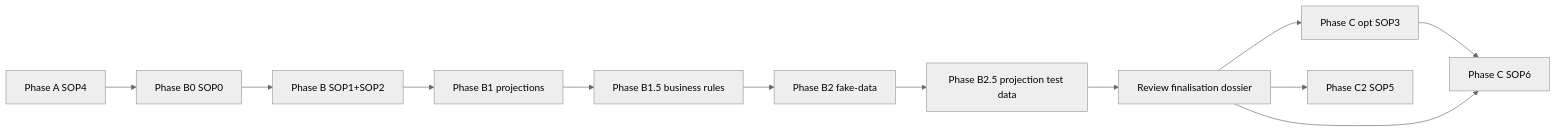
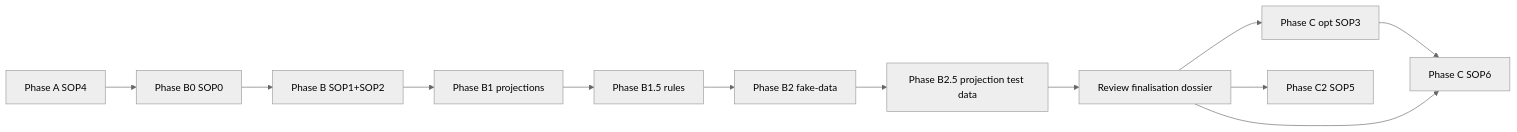
Before and after one commit to mindflight-orchestrator/starter-kit-ghostcrab-perso: the diagram in starterkit/personal-mcp/SOP_SEQUENCE.md, drawn with Mermaid (neutral theme). The commit also changed other lines of this file and 18 other files, not shown here.

````diff
--- a/starterkit/personal-mcp/SOP_SEQUENCE.md
+++ b/starterkit/personal-mcp/SOP_SEQUENCE.md
@@ -33,20 +31,18 @@
 ```mermaid
 flowchart LR
   A[Phase A SOP4]
   B0[Phase B0 SOP0]
   B[Phase B SOP1+SOP2]
   B1[Phase B1 projections]
-  B15[Phase B1.5 business rules]
+  B15[Phase B1.5 rules]
   B2[Phase B2 fake-data]
   B25[Phase B2.5 projection test data]
   R[Review finalisation dossier]
   C3[Phase C opt SOP3]
   C6[Phase C SOP6]
   C2[Phase C2 SOP5]
-  A --> B0 --> B --> B1 --> B15 --> B2
-  B2 --> B25
-  B25 --> R
+  A --> B0 --> B --> B1 --> B15 --> B2 --> B25 --> R
   R --> C3 --> C6
   R --> C6
   R --> C2
 ```
````
